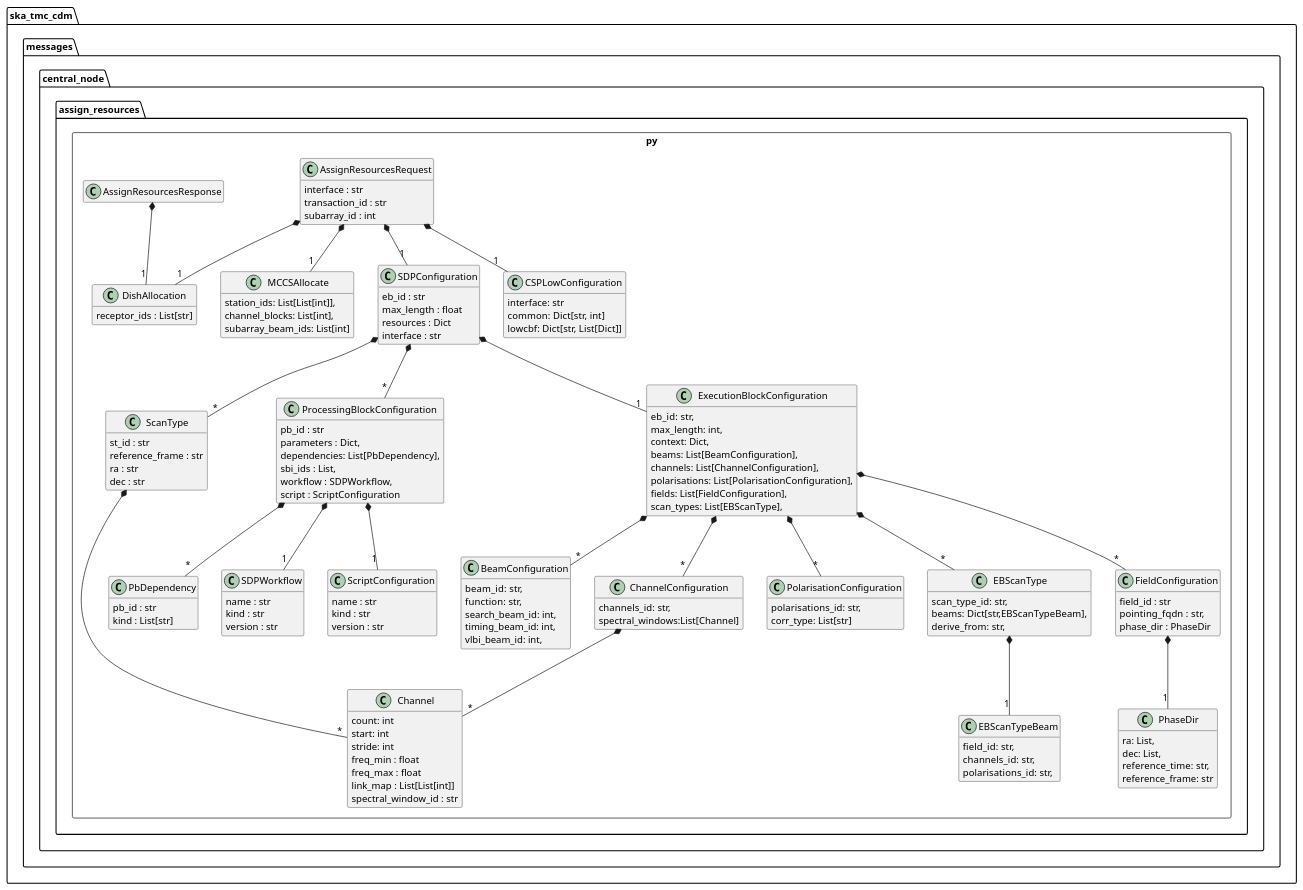
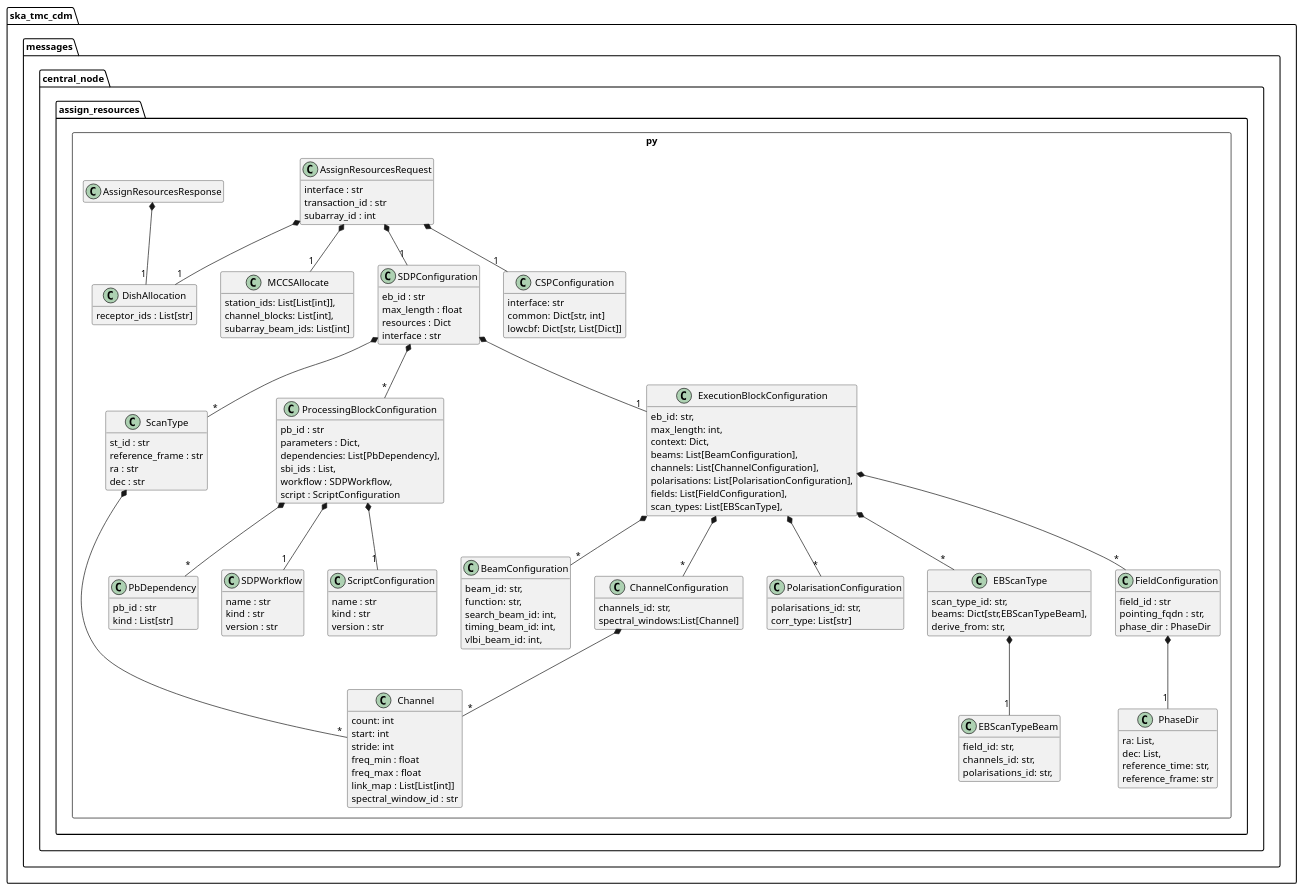
One commit to ska-telescope/cdm-shared-library changed the diagram in docs/src/developer/centralnode/assignresources.puml. Above: the diagram before and after it, drawn with PlantUML. The commit also changed 8 other files, not shown here.

```diff
--- a/docs/src/developer/centralnode/assignresources.puml
+++ b/docs/src/developer/centralnode/assignresources.puml
@@ -1,156 +1,156 @@
 @startuml
 hide empty members
 
 package ska_tmc_cdm.messages.central_node {
     package assign_resources.py <<Rectangle>> {
         class DishAllocation {
             receptor_ids : List[str]
         }
 
         class MCCSAllocate {
             station_ids: List[List[int]],
             channel_blocks: List[int],
             subarray_beam_ids: List[int]
         }
 
         class Channel {
             count: int
             start: int
             stride: int
             freq_min : float
             freq_max : float
             link_map : List[List[int]]
             spectral_window_id : str
         }
 
         class ScanType {
             st_id : str
             reference_frame : str
             ra : str
             dec : str
         }
         ScanType *-- "*" Channel
 
         class PbDependency {
             pb_id : str
             kind : List[str]
         }
 
 
         class PhaseDir {
             ra: List,
             dec: List, 
             reference_time: str, 
             reference_frame: str
         }
         class BeamConfiguration {
             beam_id: str,
             function: str,
             search_beam_id: int,
             timing_beam_id: int,
             vlbi_beam_id: int,
         }
         class ChannelConfiguration {
             channels_id: str,
             spectral_windows:List[Channel] 
         }
         ChannelConfiguration  *-- "*" Channel
 
         class PolarisationConfiguration {
             polarisations_id: str,
             corr_type: List[str]  
         }
         class EBScanTypeBeam {
             field_id: str,
             channels_id: str,
             polarisations_id: str, 
         }
         class EBScanType {
             scan_type_id: str,
             beams: Dict[str,EBScanTypeBeam],
             derive_from: str, 
         }
         EBScanType  *-- "1" EBScanTypeBeam
 
         class FieldConfiguration {
             field_id : str
             pointing_fqdn : str,
             phase_dir : PhaseDir
         }
 
         FieldConfiguration  *-- "1" PhaseDir
 
         class SDPWorkflow {
             name : str
             kind : str
             version : str
         }
         
         class ScriptConfiguration {
             name : str
             kind : str
             version : str
         }
 
         class ProcessingBlockConfiguration {
             pb_id : str
             parameters : Dict,
             dependencies: List[PbDependency],
             sbi_ids : List,
             workflow : SDPWorkflow,
             script : ScriptConfiguration
         }
         ProcessingBlockConfiguration  *-- "1" SDPWorkflow
         ProcessingBlockConfiguration  *-- "*" PbDependency
         ProcessingBlockConfiguration  *-- "1" ScriptConfiguration
 
         class ExecutionBlockConfiguration {
             eb_id: str,
             max_length: int,
             context: Dict,
             beams: List[BeamConfiguration],
             channels: List[ChannelConfiguration],
             polarisations: List[PolarisationConfiguration],
             fields: List[FieldConfiguration],
             scan_types: List[EBScanType],
         }
 
         ExecutionBlockConfiguration  *-- "*" BeamConfiguration
         ExecutionBlockConfiguration  *-- "*" ChannelConfiguration
         ExecutionBlockConfiguration  *-- "*" PolarisationConfiguration
         ExecutionBlockConfiguration  *-- "*" FieldConfiguration
         ExecutionBlockConfiguration  *-- "*" EBScanType
 
 
         class SDPConfiguration {
             eb_id : str
             max_length : float
             resources : Dict
             interface : str
         }
         SDPConfiguration *-- "*" ScanType
         SDPConfiguration *-- "*" ProcessingBlockConfiguration
         SDPConfiguration *-- "1" ExecutionBlockConfiguration
 
-        class CSPLowConfiguration {
+        class CSPConfiguration {
             interface: str
             common: Dict[str, int]
             lowcbf: Dict[str, List[Dict]]
         }
 
         class AssignResourcesRequest {
             interface : str
             transaction_id : str
             subarray_id : int
         }
 
         AssignResourcesRequest *-- "1" DishAllocation
         AssignResourcesRequest *-- "1" MCCSAllocate
         AssignResourcesRequest *-- "1" SDPConfiguration
-        AssignResourcesRequest *-- "1" CSPLowConfiguration
+        AssignResourcesRequest *-- "1" CSPConfiguration
 
         class AssignResourcesResponse
         AssignResourcesResponse *-- "1" DishAllocation
 	}
 }
 @enduml
```
